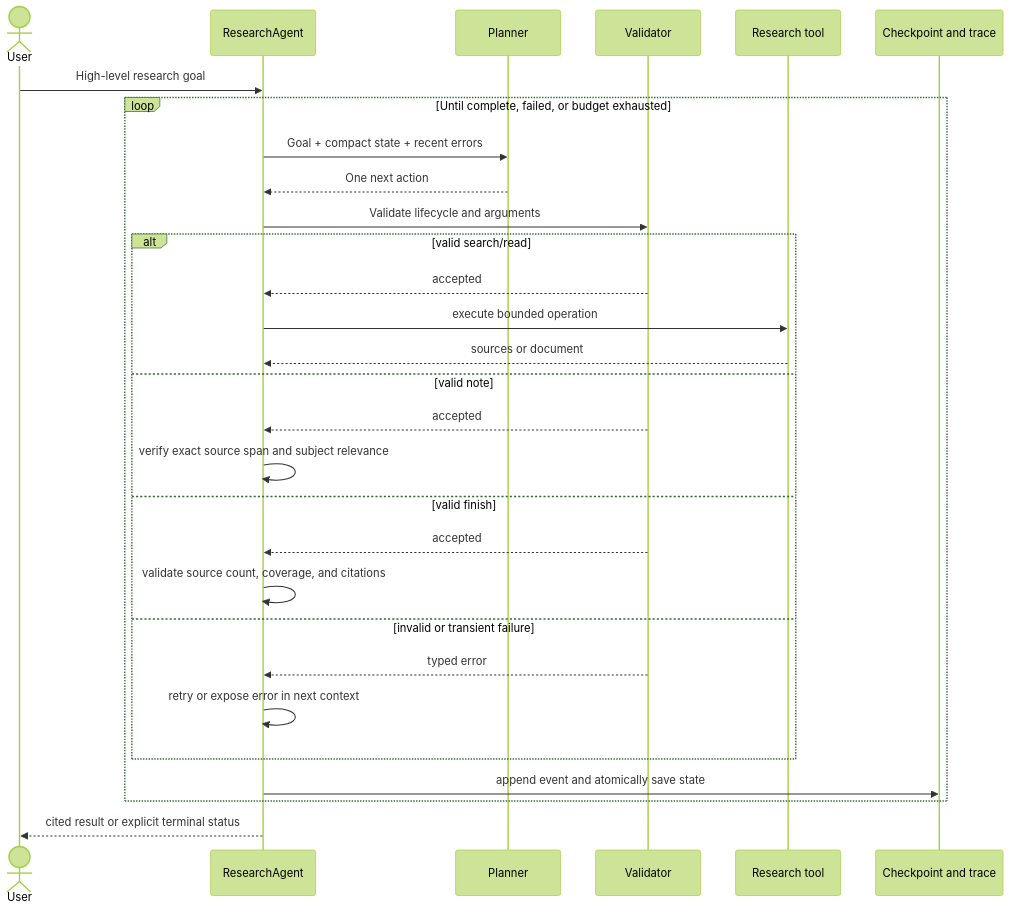
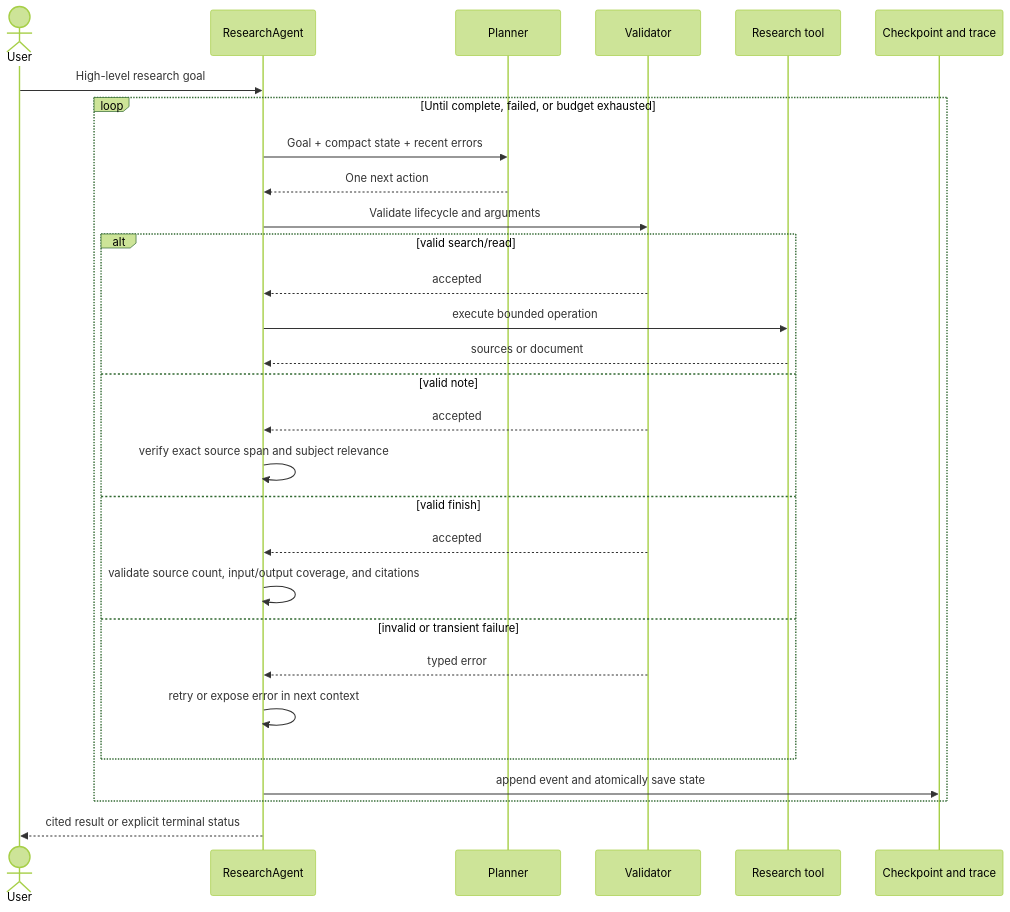
One commit to HamzaAhmedKhan786/resilient-research-agent changed the second of 2 diagrams in docs/ARCHITECTURE.md. Above: the diagram before and after it, drawn with Mermaid (forest theme). The commit also changed other lines of this file and 29 other files, not shown here.

````diff
--- a/docs/ARCHITECTURE.md
+++ b/docs/ARCHITECTURE.md
@@ -26,32 +26,32 @@
 ```mermaid
 sequenceDiagram
     actor User
     participant RA as ResearchAgent
     participant LM as Planner
     participant AV as Validator
     participant RT as Research tool
     participant CP as Checkpoint and trace
 
     User->>RA: High-level research goal
     loop Until complete, failed, or budget exhausted
         RA->>LM: Goal + compact state + recent errors
         LM-->>RA: One next action
         RA->>AV: Validate lifecycle and arguments
         alt valid search/read
             AV-->>RA: accepted
             RA->>RT: execute bounded operation
             RT-->>RA: sources or document
         else valid note
             AV-->>RA: accepted
             RA->>RA: verify exact source span and subject relevance
         else valid finish
             AV-->>RA: accepted
-            RA->>RA: validate source count, coverage, and citations
+            RA->>RA: validate source count, input/output coverage, and citations
         else invalid or transient failure
             AV-->>RA: typed error
             RA->>RA: retry or expose error in next context
         end
         RA->>CP: append event and atomically save state
     end
     RA-->>User: cited result or explicit terminal status
 ```
````
